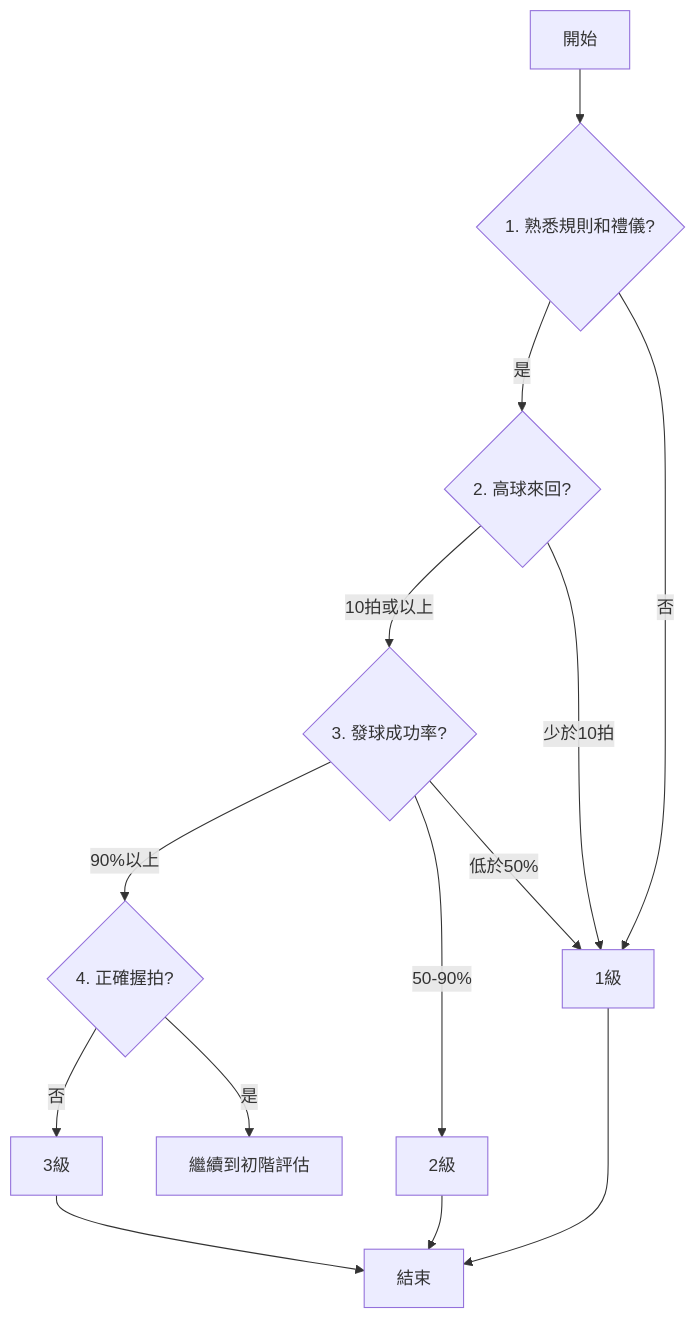
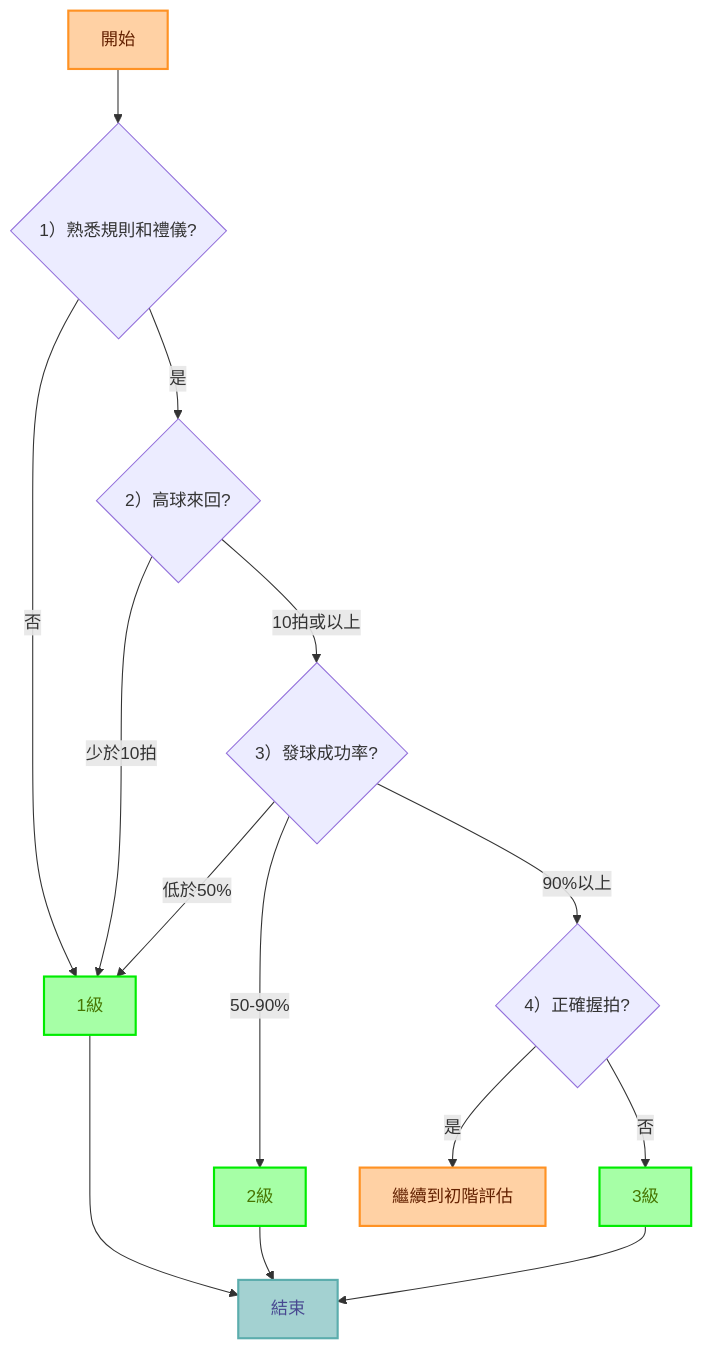
The first of 4 diagrams in README.md (showaykerker/badminton-level-evaluator-linebot), drawn with Mermaid before and after one commit. The commit also changed other lines of this file, not shown here.

Commit message:
doc: fix mermaid error and add color

````diff
--- a/README.md
+++ b/README.md
@@ -23,22 +23,26 @@
 ```mermaid
 
 graph TD
-    A[開始] --> B{"1. 熟悉規則和禮儀?"}
-    B -->|是| C{"2. 高球來回?"}
+    A[開始] --> B{"1）熟悉規則和禮儀?"}
     B -->|否| Z1[1級]
-
+    B -->|是| C{"2）高球來回?"}
     C -->|少於10拍| Z1
-    C -->|10拍或以上| D{"3. 發球成功率?"}
-
+    C -->|10拍或以上| D{"3）發球成功率?"}
     D -->|低於50%| Z1
     D -->|50-90%| Z2[2級]
-    D -->|90%以上| E{"4. 正確握拍?"}
+    D -->|90%以上| E{"4）正確握拍?"}
+    E -->|否| Z3[3級]
+    E -->|是| F[繼續到初階評估]
 
-    E -->|是| F[繼續到初階評估]
-    E -->|否| Z3[3級]
+    A:::nextStage
+    Z1:::determinedLevel --> END[結束]
+    Z2:::determinedLevel --> END
+    Z3:::determinedLevel --> END
+    F:::nextStage
+    END:::stopStage
 
-    Z1 --> END[結束]
-    Z2 --> END
-    Z3 --> END
+    classDef nextStage       fill:#FFD1A4,stroke:#FF9224,stroke-width:2px,color:#642100;
+    classDef determinedLevel fill:#A6FFA6,stroke:#00EC00,stroke-width:2px,color:#467500;
+    classDef stopStage       fill:#A3D1D1,stroke:#5CADAD,stroke-width:2px,color:#484891;
 
 ```
````
